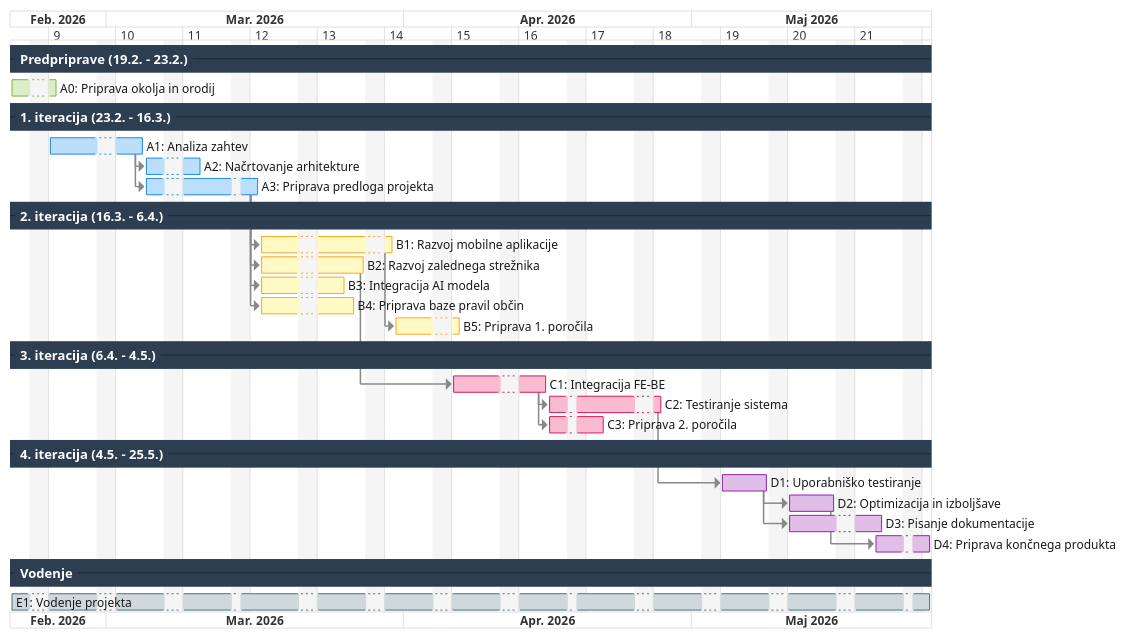
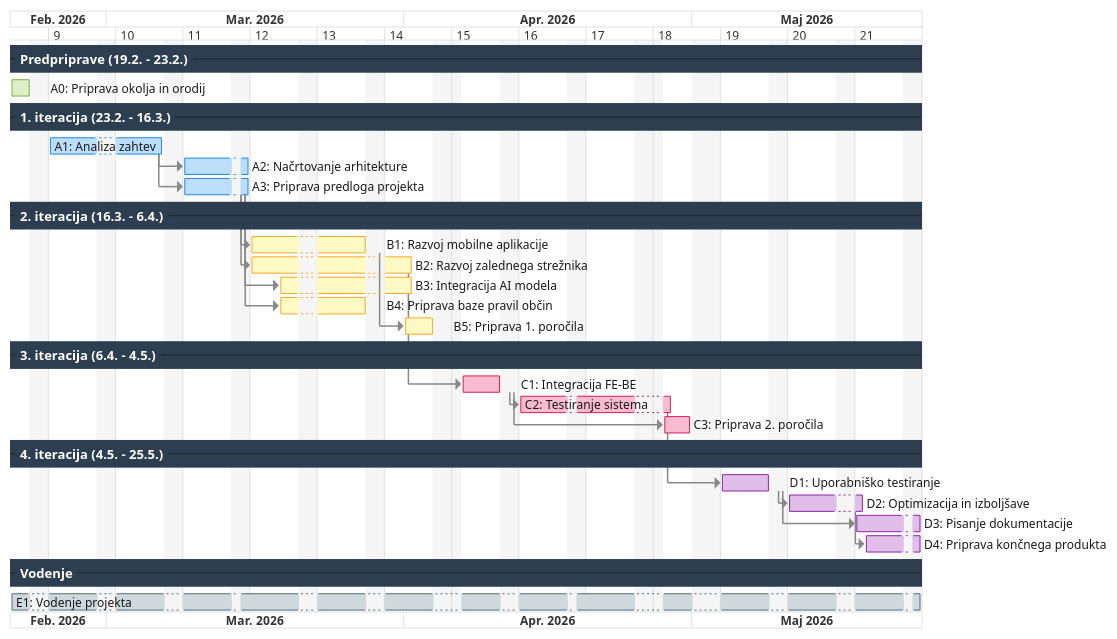
One commit to MB37860/temp_tpo changed the diagram in 1.iteracija/gradivo/plantuml/Gantt.puml. Above: the diagram before and after it, drawn with PlantUML. The commit also changed 2 other files, not shown here.

Commit message:
updated grant and pertt charts

```diff
--- a/1.iteracija/gradivo/plantuml/Gantt.puml
+++ b/1.iteracija/gradivo/plantuml/Gantt.puml
@@ -1,101 +1,104 @@
 @startgantt "Ganttov diagram"
 
 <style>
 ganttDiagram {
   timeline {
     BackgroundColor white
     LineColor #e0e0e0
     FontColor #333333
     FontSize 12
   }
   task {
     FontSize 12
     FontColor #1a1a1a
   }
   arrow {
     LineColor #888888
     LineThickness 1.5
   }
   separator {
     BackgroundColor #2c3e50
     LineColor #1a252f
     FontColor white
     FontStyle bold
     FontSize 13
   }
   closed {
     BackgroundColor #f5f5f5
     FontColor #cccccc
   }
 }
 </style>
 
 skinparam backgroundColor white
 printscale weekly zoom 2
 language sl
 
 project starts 2026-02-19
 saturdays are closed
 sundays are closed
+2026-04-06 is closed
+2026-04-27 is closed
+2026-05-01 is closed
 
--- Predpriprave (19.2. – 23.2.) --
-[A0: Priprava okolja in orodij] as [A0] starts 2026-02-19 and ends 2026-02-23
+-- Predpriprave (19.2. - 23.2.) --
+[A0: Priprava okolja in orodij] as [A0] starts 2026-02-19 and ends 2026-02-22
 [A0] is colored in #dcedc8/#7cb342
 
--- 1. iteracija (23.2. – 16.3.) --
-[A1: Analiza zahtev] as [A1] starts 2026-02-23 and ends 2026-03-04
+-- 1. iteracija (23.2. - 16.3.) --
+[A1: Analiza zahtev] as [A1] starts 2026-02-23 and ends 2026-03-06
 [A1] is colored in #bbdefb/#1e88e5
-[A2: Načrtovanje arhitekture] as [A2] starts 2026-03-04 and ends 2026-03-10
+[A2: Načrtovanje arhitekture] as [A2] starts 2026-03-06 and ends 2026-03-15
 [A2] is colored in #bbdefb/#1e88e5
-[A3: Priprava predloga projekta] as [A3] starts 2026-03-04 and ends 2026-03-16
+[A3: Priprava predloga projekta] as [A3] starts 2026-03-05 and ends 2026-03-15
 [A3] is colored in #bbdefb/#1e88e5
 [A1] -> [A2]
 [A1] -> [A3]
 
--- 2. iteracija (16.3. – 6.4.) --
-[B1: Razvoj mobilne aplikacije] as [B1] starts 2026-03-16 and ends 2026-03-30
+-- 2. iteracija (16.3. - 6.4.) --
+[B1: Razvoj mobilne aplikacije] as [B1] starts 2026-03-16 and ends 2026-03-29
 [B1] is colored in #fff9c4/#f9a825
-[B2: Razvoj zalednega strežnika] as [B2] starts 2026-03-16 and ends 2026-03-27
+[B2: Razvoj zalednega strežnika] as [B2] starts 2026-03-16 and ends 2026-04-01
 [B2] is colored in #fff9c4/#f9a825
-[B3: Integracija AI modela] as [B3] starts 2026-03-16 and ends 2026-03-25
+[B3: Integracija AI modela] as [B3] starts 2026-03-19 and ends 2026-04-01
 [B3] is colored in #fff9c4/#f9a825
-[B4: Priprava baze pravil občin] as [B4] starts 2026-03-16 and ends 2026-03-26
+[B4: Priprava baze pravil občin] as [B4] starts 2026-03-19 and ends 2026-03-29
 [B4] is colored in #fff9c4/#f9a825
-[B5: Priprava 1. poročila] as [B5] starts 2026-03-30 and ends 2026-04-06
+[B5: Priprava 1. poročila] as [B5] starts 2026-04-01 and ends 2026-04-05
 [B5] is colored in #fff9c4/#f9a825
 [A3] -> [B1]
 [A3] -> [B2]
 [A3] -> [B3]
 [A3] -> [B4]
 [B1] -> [B5]
 
--- 3. iteracija (6.4. – 4.5.) --
-[C1: Integracija FE-BE] as [C1] starts 2026-04-06 and ends 2026-04-15
+-- 3. iteracija (6.4. - 4.5.) --
+[C1: Integracija FE-BE] as [C1] starts 2026-04-06 and ends 2026-04-12
 [C1] is colored in #f8bbd0/#d81b60
-[C2: Testiranje sistema] as [C2] starts 2026-04-15 and ends 2026-04-27
+[C2: Testiranje sistema] as [C2] starts 2026-04-10 and ends 2026-04-28
 [C2] is colored in #f8bbd0/#d81b60
-[C3: Priprava 2. poročila] as [C3] starts 2026-04-15 and ends 2026-04-21
+[C3: Priprava 2. poročila] as [C3] starts 2026-04-28 and ends 2026-04-30
 [C3] is colored in #f8bbd0/#d81b60
 [B2] -> [C1]
 [C1] -> [C2]
 [C1] -> [C3]
 
--- 4. iteracija (4.5. – 25.5.) --
-[D1: Uporabniško testiranje] as [D1] starts 2026-05-04 and ends 2026-05-08
+-- 4. iteracija (4.5. - 25.5.) --
+[D1: Uporabniško testiranje] as [D1] starts 2026-05-04 and ends 2026-05-10
 [D1] is colored in #e1bee7/#8e24aa
-[D2: Optimizacija in izboljšave] as [D2] starts 2026-05-08 and ends 2026-05-15
+[D2: Optimizacija in izboljšave] as [D2] starts 2026-05-11 and ends 2026-05-18
 [D2] is colored in #e1bee7/#8e24aa
-[D3: Pisanje dokumentacije] as [D3] starts 2026-05-08 and ends 2026-05-20
+[D3: Pisanje dokumentacije] as [D3] starts 2026-05-18 and ends 2026-05-24
 [D3] is colored in #e1bee7/#8e24aa
-[D4: Priprava končnega produkta] as [D4] starts 2026-05-20 and ends 2026-05-25
+[D4: Priprava končnega produkta] as [D4] starts 2026-05-14 and ends 2026-05-24
 [D4] is colored in #e1bee7/#8e24aa
 [C2] -> [D1]
 [D1] -> [D2]
 [D1] -> [D3]
 [D2] -> [D4]
 
 -- Vodenje --
-[E1: Vodenje projekta] as [E1] starts 2026-02-19 and ends 2026-05-25
+[E1: Vodenje projekta] as [E1] starts 2026-02-19 and ends 2026-05-24
 [E1] is colored in #cfd8dc/#546e7a
 
 @endgantt
```
